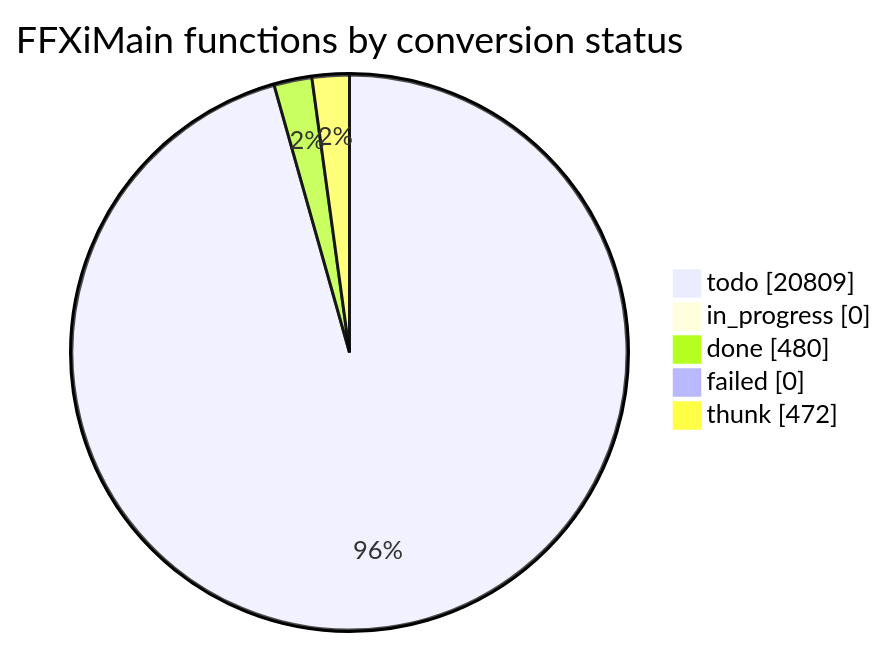
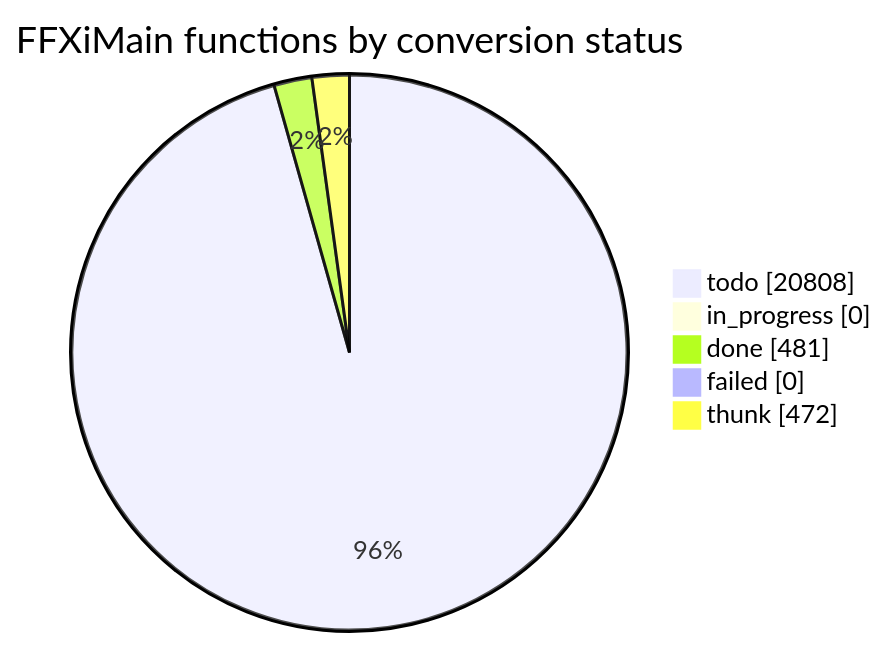
One commit to cowrevenge/cow_kuluu_xi_anything changed the diagram in docs/cow/STATUS.md. Above: the diagram before and after it, drawn with Mermaid. The commit also changed other lines of this file and 9 other files, not shown here.

````diff
--- a/docs/cow/STATUS.md
+++ b/docs/cow/STATUS.md
@@ -18,9 +18,9 @@
 ```mermaid
 pie showData
     title FFXiMain functions by conversion status
-    "todo" : 20809
+    "todo" : 20808
     "in_progress" : 0
-    "done" : 480
+    "done" : 481
     "failed" : 0
     "thunk" : 472
 ```
````
